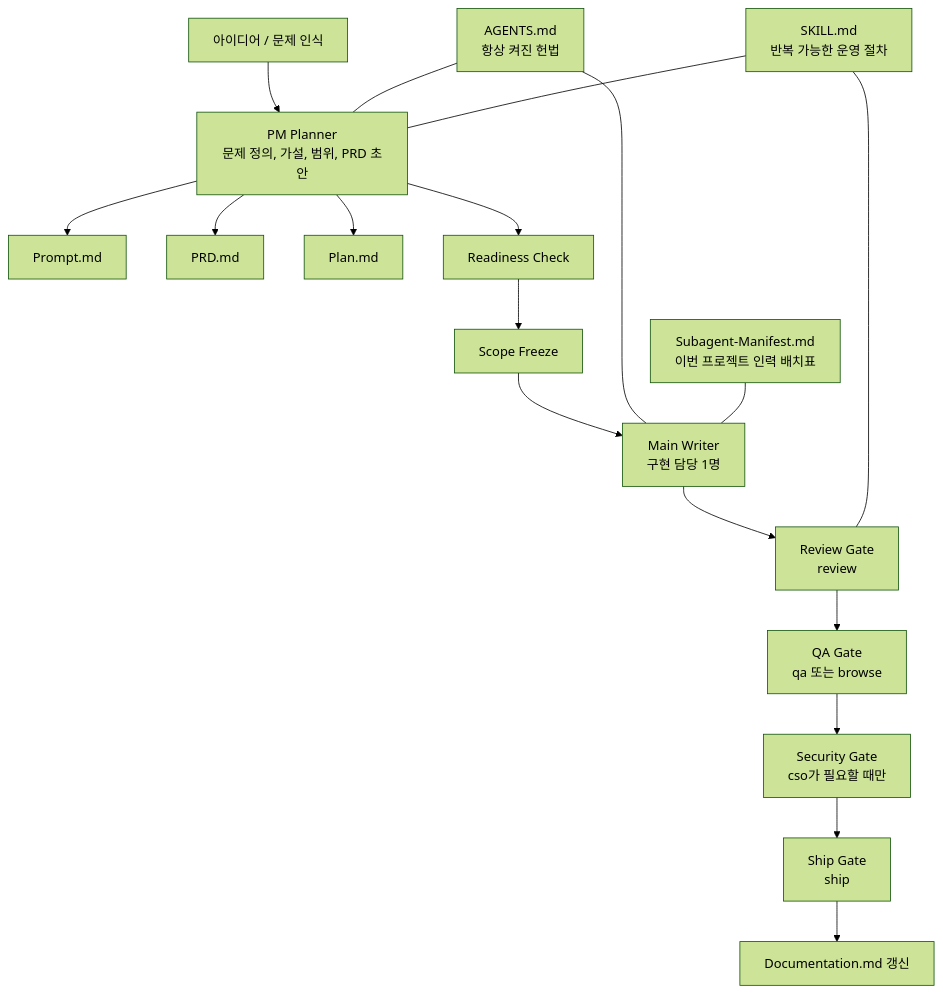
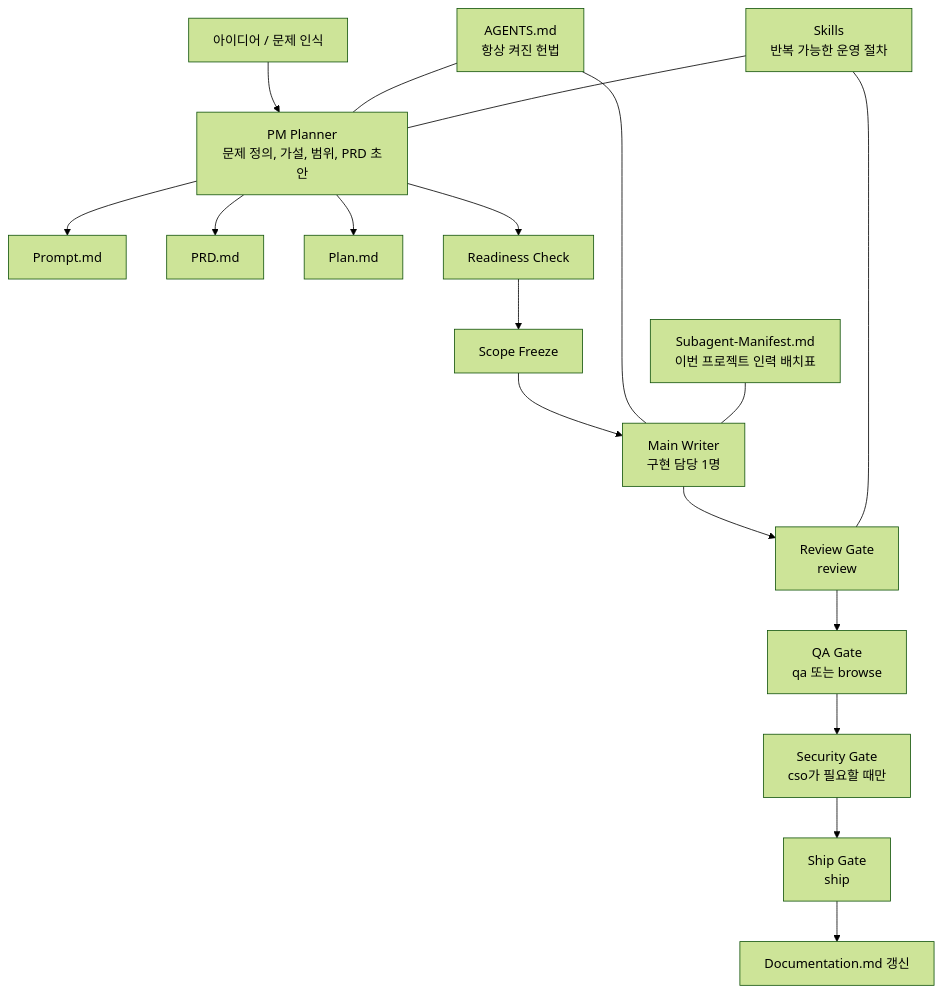
The first of 2 diagrams in README.md (Merchantlee99/vibebuilder-framework), drawn with Mermaid (forest theme) before and after one commit. The commit also changed other lines of this file and 6 other files, not shown here.

````diff
--- a/README.md
+++ b/README.md
@@ -33,21 +33,21 @@
 ```mermaid
 flowchart TD
     A["아이디어 / 문제 인식"] --> B["PM Planner<br/>문제 정의, 가설, 범위, PRD 초안"]
     B --> C["Prompt.md"]
     B --> D["PRD.md"]
     B --> E["Plan.md"]
     B --> F["Readiness Check"]
     F --> G["Scope Freeze"]
     G --> H["Main Writer<br/>구현 담당 1명"]
     H --> I["Review Gate<br/>review"]
     I --> J["QA Gate<br/>qa 또는 browse"]
     J --> K["Security Gate<br/>cso가 필요할 때만"]
     K --> L["Ship Gate<br/>ship"]
     L --> M["Documentation.md 갱신"]
 
     N["AGENTS.md<br/>항상 켜진 헌법"] --- B
     N --- H
-    O["SKILL.md<br/>반복 가능한 운영 절차"] --- B
+    O["Skills<br/>반복 가능한 운영 절차"] --- B
     O --- I
     P["Subagent-Manifest.md<br/>이번 프로젝트 인력 배치표"] --- H
 ```
````
